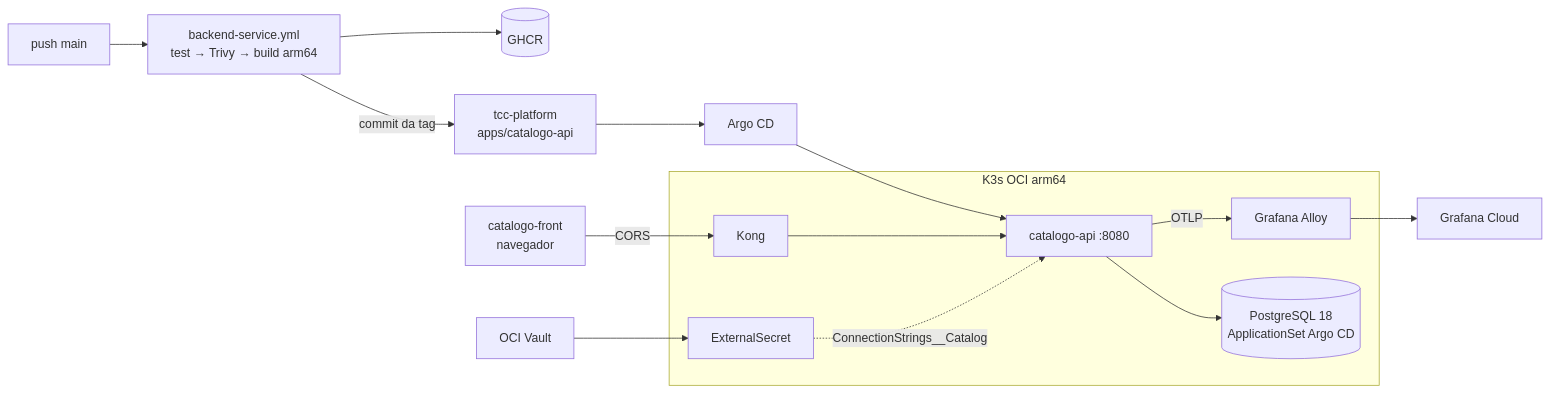
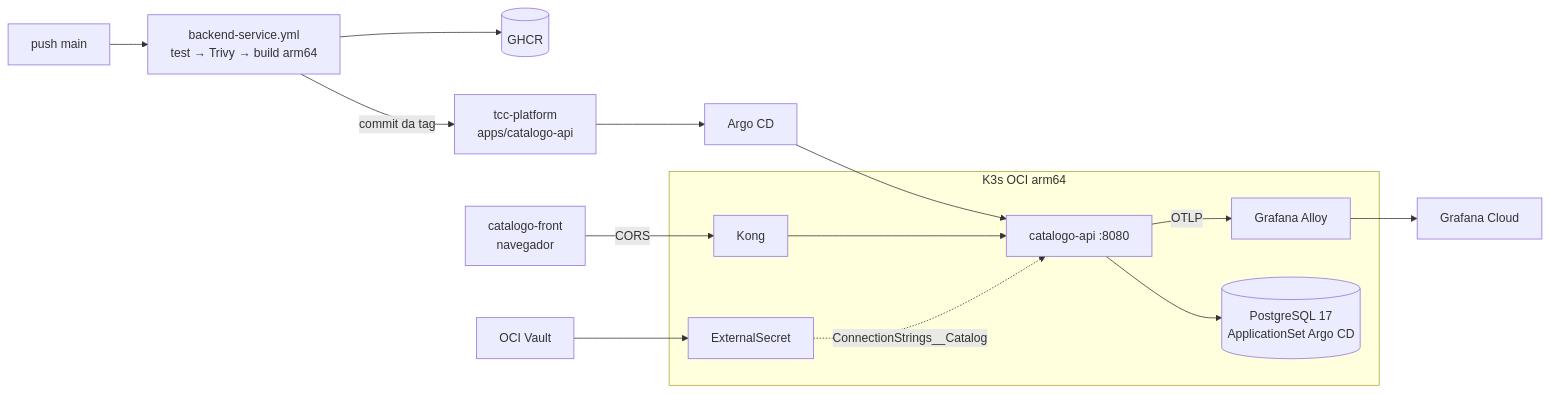
Before and after one commit to JhonathanOliveiraa/catalogo-api: the second of 2 diagrams in _bmad-output/planning-artifacts/architecture/architecture-catalogo-api-2026-10-13/ARCHITECTURE-SPINE.md, drawn with Mermaid. The commit also changed other lines of this file and 4 other files, not shown here.

First line of the commit message:
Atualiza README e planejamento: PostgreSQL 17, versões e OTLP completo

````diff
--- a/_bmad-output/planning-artifacts/architecture/architecture-catalogo-api-2026-10-13/ARCHITECTURE-SPINE.md
+++ b/_bmad-output/planning-artifacts/architecture/architecture-catalogo-api-2026-10-13/ARCHITECTURE-SPINE.md
@@ -235,17 +237,17 @@
 ```mermaid
 flowchart LR
     Dev[push main] --> CI[backend-service.yml<br/>test → Trivy → build arm64]
     CI --> GHCR[(GHCR)]
     CI -->|commit da tag| PLAT[tcc-platform<br/>apps/catalogo-api]
     PLAT --> ARGO[Argo CD]
     ARGO --> POD
     subgraph K3s OCI arm64
       KONG[Kong] --> POD[catalogo-api :8080]
       POD -->|OTLP| ALLOY[Grafana Alloy]
       ES[ExternalSecret] -.ConnectionStrings__Catalogo.-> POD
-      POD --> PG[(PostgreSQL 18<br/>ApplicationSet Argo CD)]
+      POD --> PG[(PostgreSQL 17<br/>ApplicationSet Argo CD)]
     end
     FRONT[catalogo-front<br/>navegador] -->|CORS| KONG
     ALLOY --> GC[Grafana Cloud]
     VAULT[OCI Vault] --> ES
 ```
````
